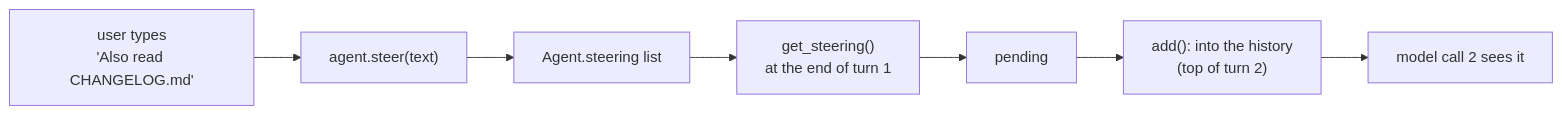
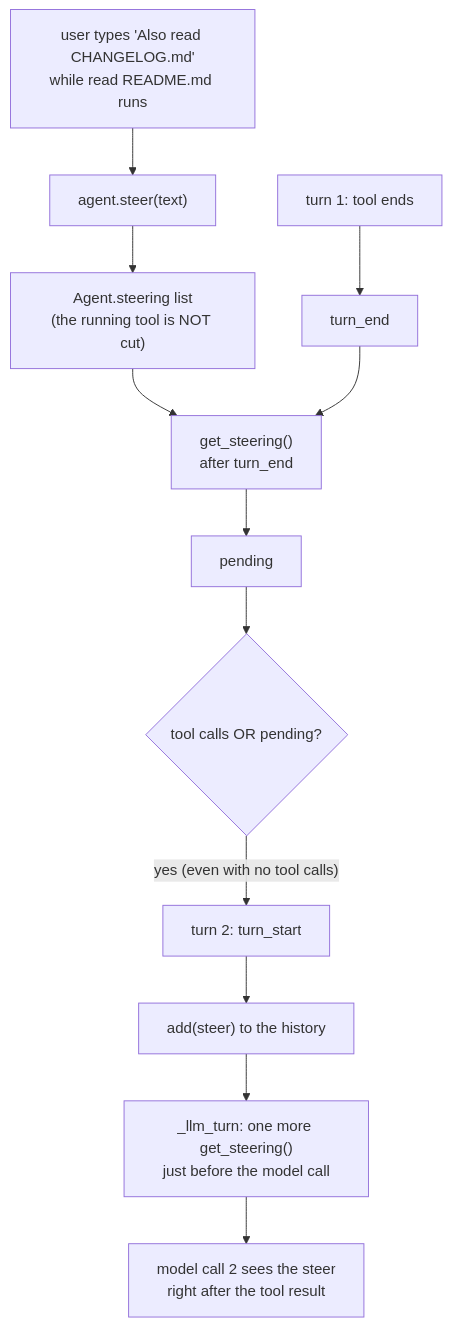
The third of 3 diagrams in docs/guidebook/07-steering.md (danhugo/simp-agent), drawn with Mermaid before and after one commit. The commit also changed 1 other file, not shown here.

Commit message:
guidebook: show steer path in ch07 picture and Part 2 loop picture

````diff
--- a/docs/guidebook/07-steering.md
+++ b/docs/guidebook/07-steering.md
@@ -155,9 +155,14 @@
 ```mermaid
-flowchart LR
-    U["user types<br/>'Also read CHANGELOG.md'"] --> S["agent.steer(text)"]
-    S --> L["Agent.steering list"]
-    L --> G["get_steering()<br/>at the end of turn 1"]
+flowchart TD
+    U["user types 'Also read CHANGELOG.md'<br/>while read README.md runs"] --> S["agent.steer(text)"]
+    S --> L["Agent.steering list<br/>(the running tool is NOT cut)"]
+    T["turn 1: tool ends"] --> E["turn_end"]
+    L --> G["get_steering()<br/>after turn_end"]
+    E --> G
     G --> P["pending"]
-    P --> H["add(): into the history<br/>(top of turn 2)"]
-    H --> M["model call 2 sees it"]
+    P --> Q{"tool calls OR pending?"}
+    Q -- "yes (even with no tool calls)" --> TS["turn 2: turn_start"]
+    TS --> H["add(steer) to the history"]
+    H --> LT["_llm_turn: one more get_steering()<br/>just before the model call"]
+    LT --> M["model call 2 sees the steer<br/>right after the tool result"]
 ```
````
